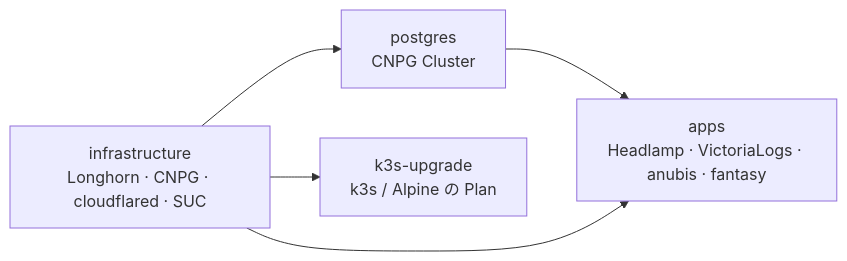
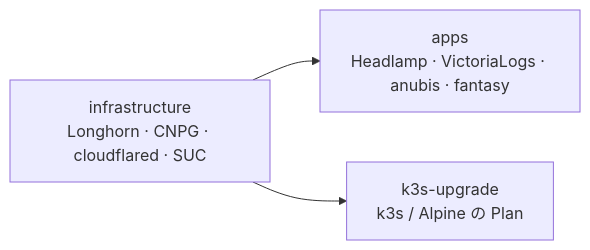
One commit to tsuji-riya/lab changed the second of 3 diagrams in README.md. Above: the diagram before and after it, drawn with Mermaid. The commit also changed other lines of this file and 5 other files, not shown here.

````diff
--- a/README.md
+++ b/README.md
@@ -72,10 +72,8 @@
 ```mermaid
 flowchart LR
     infra["infrastructure<br/>Longhorn · CNPG · cloudflared · SUC"]
-    pg["postgres<br/>CNPG Cluster"]
     apps["apps<br/>Headlamp · VictoriaLogs · anubis · fantasy"]
     up["k3s-upgrade<br/>k3s / Alpine の Plan"]
-    infra --> pg --> apps
     infra --> apps
     infra --> up
 ```
````
